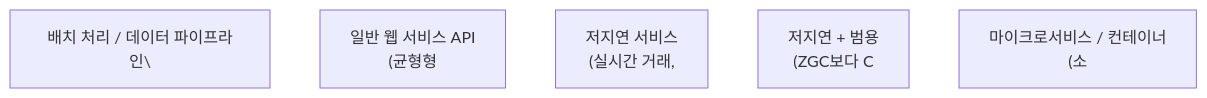
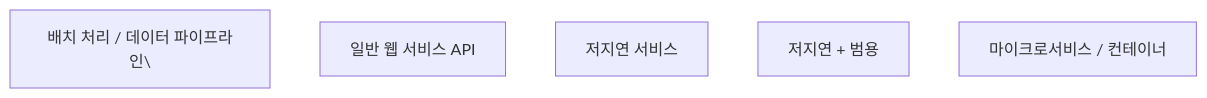
One commit to yjkim2015/yjkim2015.github.io changed diagram 25 of 29 in _posts/java/2026-05-01-java-garbage-collector.md. Above: the diagram before and after it, drawn with Mermaid. The commit also changed other lines of this file and 217 other files, not shown here.

First line of the commit message:
Mermaid 크기 수정: useMaxWidth:true + SVG max-width:100% + 라벨 축소

````diff
--- a/_posts/java/2026-05-01-java-garbage-collector.md
+++ b/_posts/java/2026-05-01-java-garbage-collector.md
@@ -811,8 +811,8 @@
 ```mermaid
 graph TD
     BATCH["배치 처리 / 데이터 파이프라인\"]
-    WEB["일반 웹 서비스 API\n(균형형"]
-    LOWLAT["저지연 서비스\n(실시간 거래,"]
-    SHEN["저지연 + 범용\n(ZGC보다 C"]
-    MICRO["마이크로서비스 / 컨테이너\n(소"]
+    WEB["일반 웹 서비스 API"]
+    LOWLAT["저지연 서비스"]
+    SHEN["저지연 + 범용"]
+    MICRO["마이크로서비스 / 컨테이너"]
 ```
````
